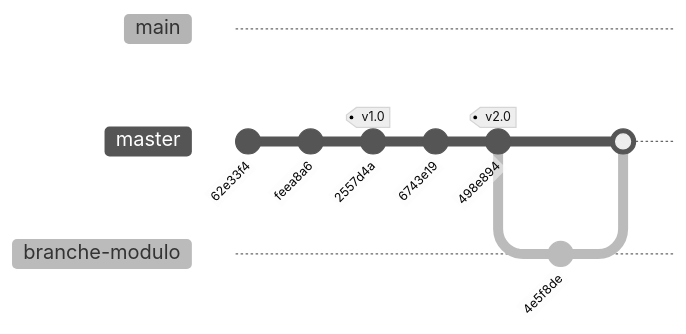
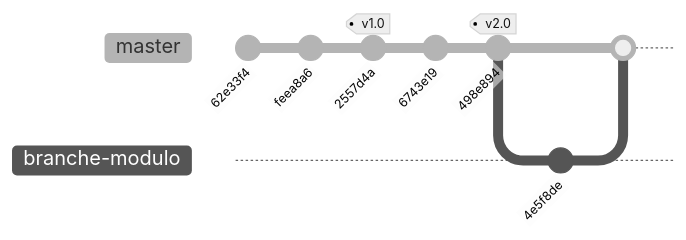
The diagram in intro_git.md (tag5/virtualisation), drawn with Mermaid (neutral theme) before and after one commit.

````diff
--- a/intro_git.md
+++ b/intro_git.md
@@ -261,15 +261,15 @@
 ```mermaid
+%%{init: { 'gitGraph': {'showBranches': true, 'showCommitLabel':true,'mainBranchName': 'master'}} }%%
 gitGraph
-    branch master
     checkout master
     commit id:"62e33f4"
     commit id:"feea8a6"
     commit id:"2557d4a" tag: "v1.0"
     commit id:"6743e19"
     commit id:"498e894" tag: "v2.0"
     branch branche-modulo
     checkout branche-modulo
     commit id:"4e5f8de"
     checkout master
     merge branche-modulo
 ```
````
